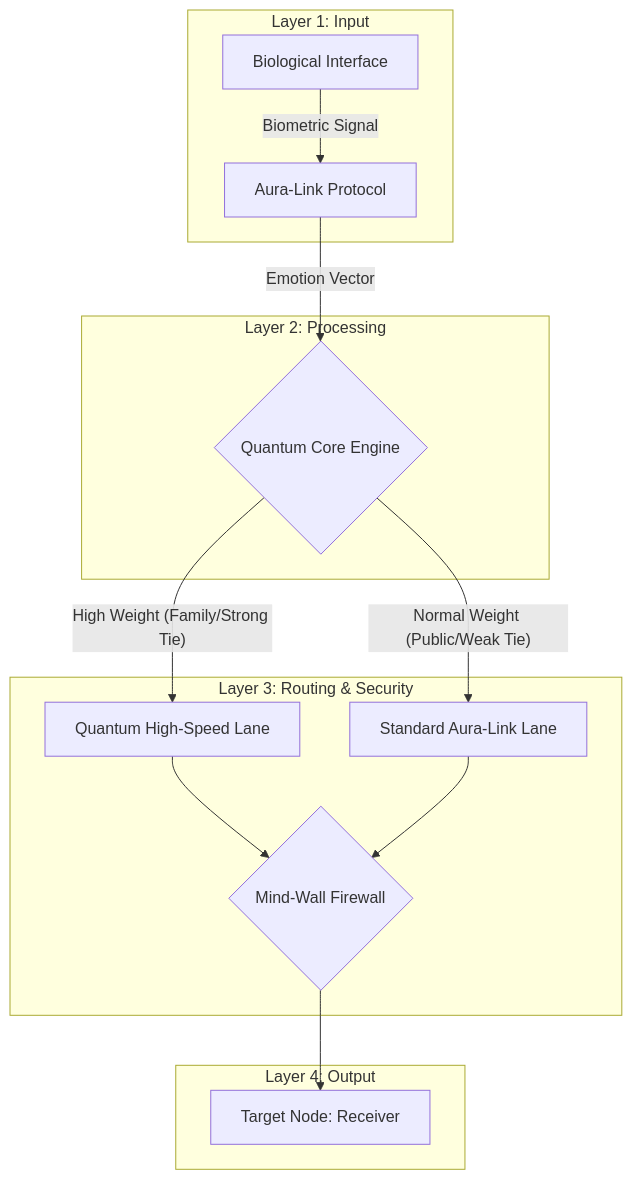
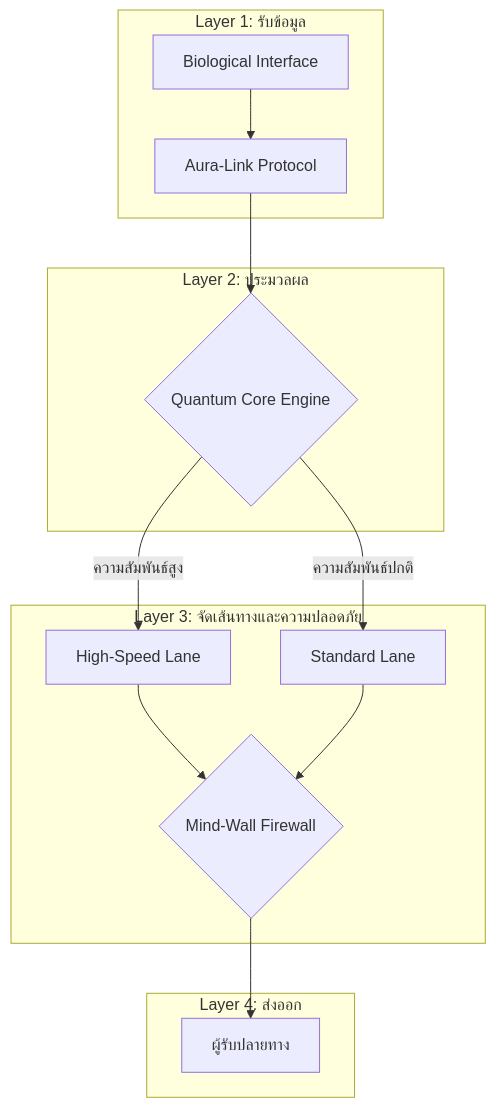
One commit to nantakornsa/New_Networks changed the diagram in Mockup.MD. Above: the diagram before and after it, drawn with Mermaid. The commit also changed other lines of this file, not shown here.

````diff
--- a/Mockup.MD
+++ b/Mockup.MD
@@ -10,22 +12,22 @@
 ```mermaid
 graph TD
 
-    subgraph "Layer 1: Input"
-        A[Biological Interface] -- "Biometric Signal" --> B[Aura-Link Protocol]
+    subgraph "Layer 1: รับข้อมูล"
+        A[Biological Interface] --> B[Aura-Link Protocol]
     end
 
-    subgraph "Layer 2: Processing"
-        B -- "Emotion Vector" --> C{Quantum Core Engine}
+    subgraph "Layer 2: ประมวลผล"
+        B --> C{Quantum Core Engine}
     end
 
-    subgraph "Layer 3: Routing & Security"
-        C -- "High Weight (Family/Strong Tie)" --> D[Quantum High-Speed Lane]
-        C -- "Normal Weight (Public/Weak Tie)" --> E[Standard Aura-Link Lane]
+    subgraph "Layer 3: จัดเส้นทางและความปลอดภัย"
+        C -- ความสัมพันธ์สูง --> D[High-Speed Lane]
+        C -- ความสัมพันธ์ปกติ --> E[Standard Lane]
         D --> F{Mind-Wall Firewall}
         E --> F
     end
 
-    subgraph "Layer 4: Output"
-        F --> G[Target Node: Receiver]
+    subgraph "Layer 4: ส่งออก"
+        F --> G[ผู้รับปลายทาง]
     end
 ```
````
